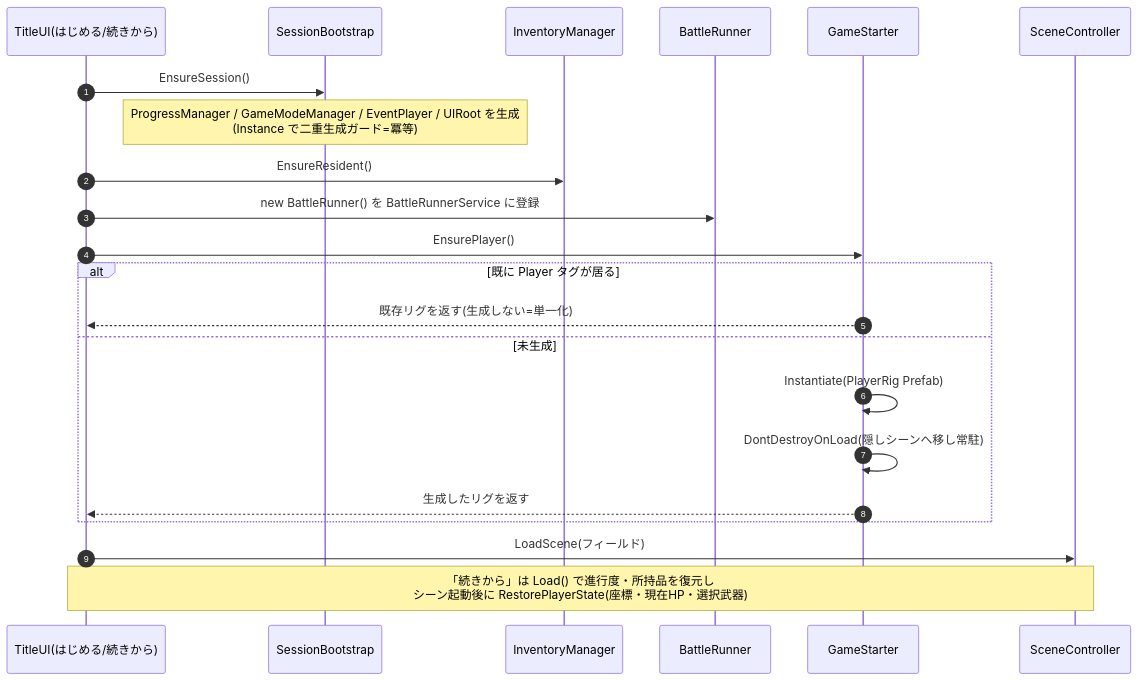
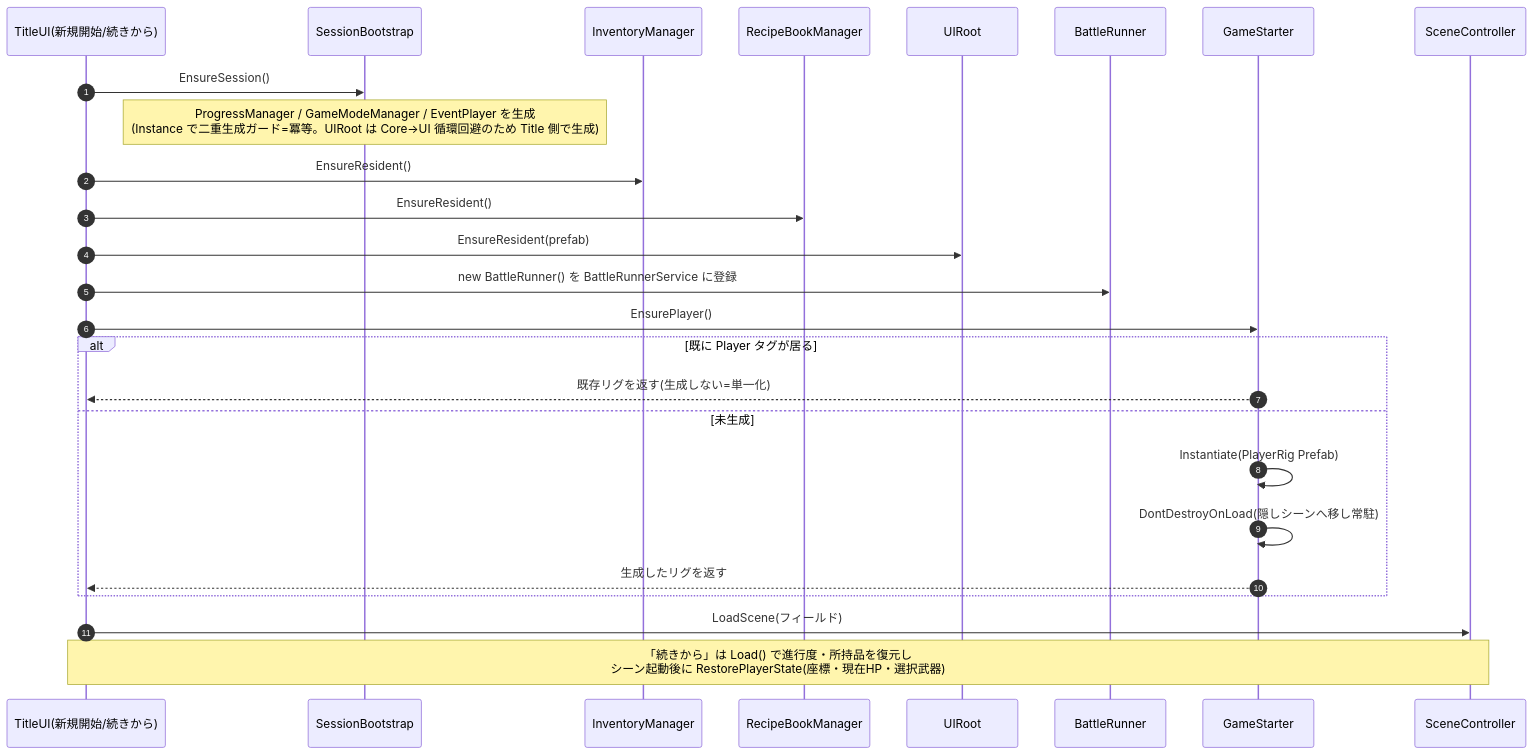
One commit to CreativeAI2026/documents changed the diagram in PlayerImplementation.md. Above: the diagram before and after it, drawn with Mermaid. The commit also changed other lines of this file, not shown here.

Commit message:
プレイヤー生成フローにRecipeBookManager/UIRoot生成を追加しタイトルボタン名を新規開始に統一

````diff
--- a/PlayerImplementation.md
+++ b/PlayerImplementation.md
@@ -29,25 +29,29 @@
 ```mermaid
 sequenceDiagram
     autonumber
-    participant T as TitleUI(はじめる/続きから)
+    participant T as TitleUI(新規開始/続きから)
     participant SB as SessionBootstrap
     participant INV as InventoryManager
+    participant RB as RecipeBookManager
+    participant UIR as UIRoot
     participant BR as BattleRunner
     participant GS as GameStarter
     participant SC as SceneController
 
     T->>SB: EnsureSession()
-    Note over SB: ProgressManager / GameModeManager / EventPlayer / UIRoot を生成<br/>(Instance で二重生成ガード=冪等)
+    Note over SB: ProgressManager / GameModeManager / EventPlayer を生成<br/>(Instance で二重生成ガード=冪等。UIRoot は Core→UI 循環回避のため Title 側で生成)
     T->>INV: EnsureResident()
+    T->>RB: EnsureResident()
+    T->>UIR: EnsureResident(prefab)
     T->>BR: new BattleRunner() を BattleRunnerService に登録
     T->>GS: EnsurePlayer()
     alt 既に Player タグが居る
         GS-->>T: 既存リグを返す(生成しない=単一化)
     else 未生成
         GS->>GS: Instantiate(PlayerRig Prefab)
         GS->>GS: DontDestroyOnLoad(隠しシーンへ移し常駐)
         GS-->>T: 生成したリグを返す
     end
     T->>SC: LoadScene(フィールド)
     Note over T,SC: 「続きから」は Load() で進行度・所持品を復元し<br/>シーン起動後に RestorePlayerState(座標・現在HP・選択武器)
 ```
````
